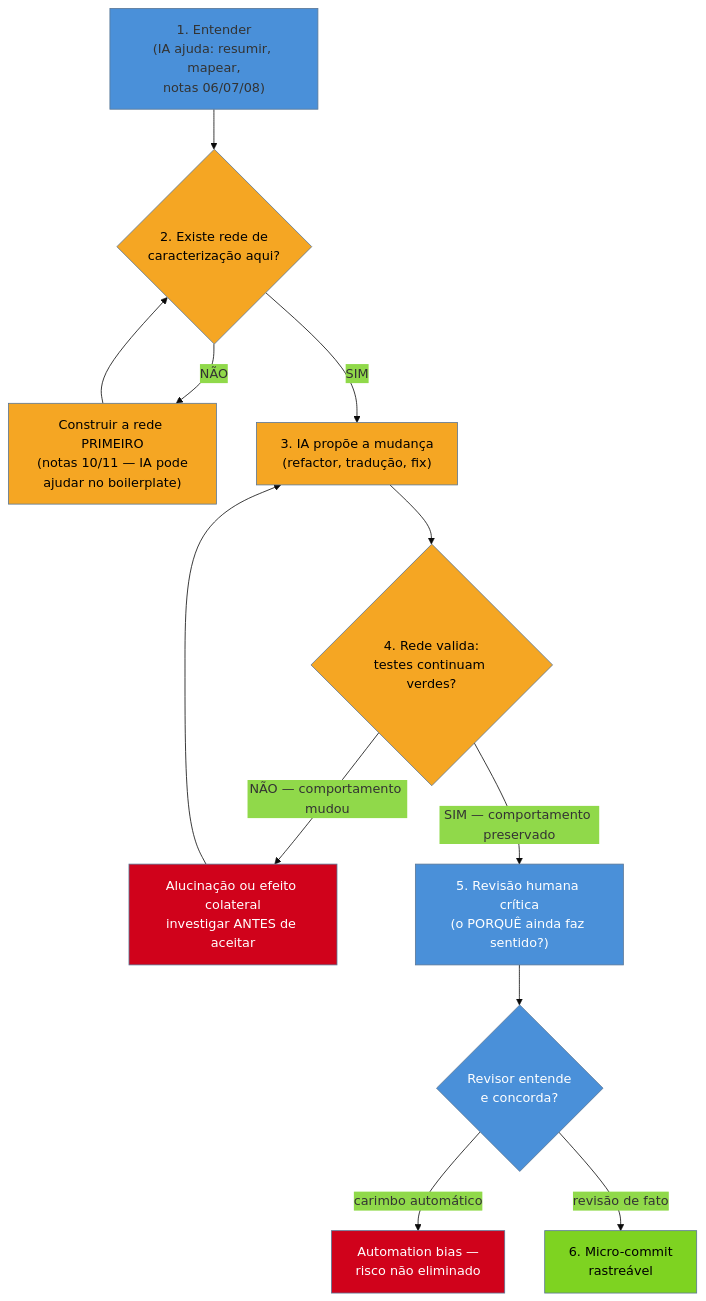
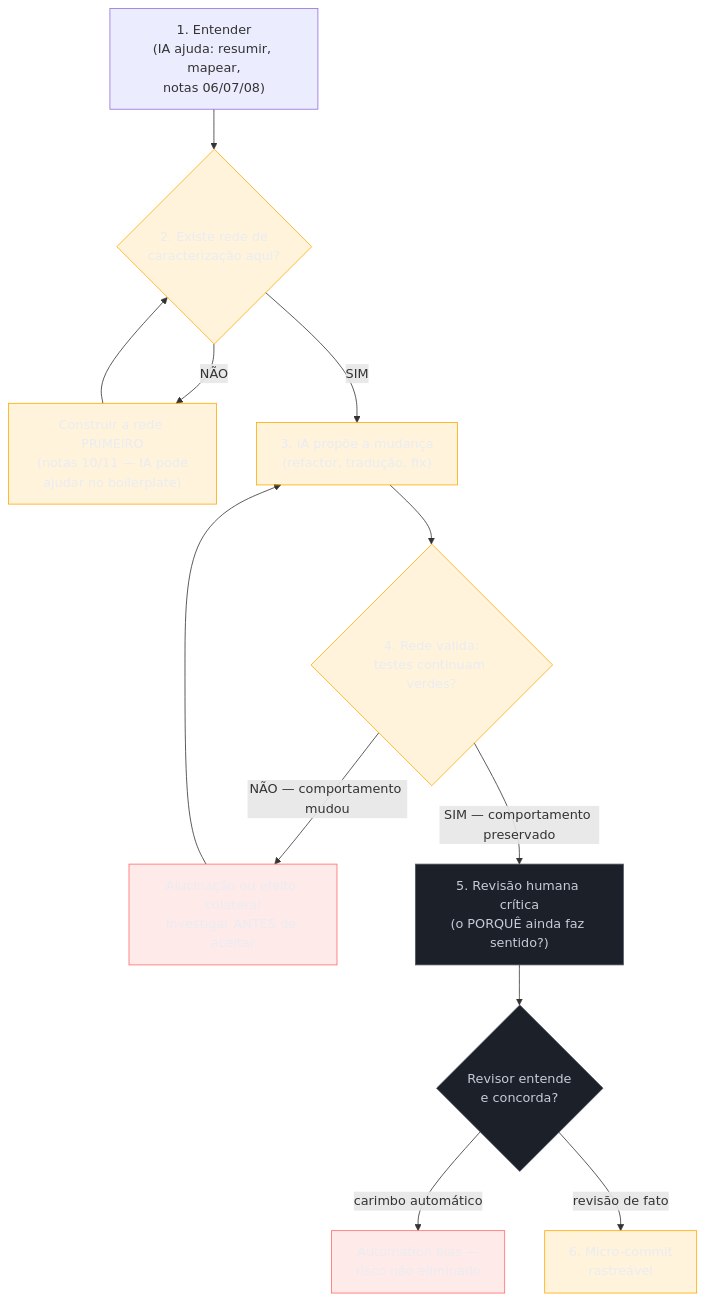
One commit to josenaldo/codex-technomanticus changed the diagram in 03-Dominios/Engenharia/Arqueologia e Restauração de Software/16 - IA como acelerador e seus riscos.md. Above: the diagram before and after it, drawn with Mermaid. The commit also changed 1181 other files, not shown here.

First line of the commit message:
fix(diagramas): paleta do sistema no lugar de cor cravada no markdown

````diff
--- a/03-Dominios/Engenharia/Arqueologia e Restauração de Software/16 - IA como acelerador e seus riscos.md
+++ b/03-Dominios/Engenharia/Arqueologia e Restauração de Software/16 - IA como acelerador e seus riscos.md
@@ -45,24 +45,26 @@
 ```mermaid
-%%{init: {"theme": "base", "themeVariables": {"primaryColor": "#4A90D9"}}}%%
 flowchart TD
+    classDef destaque fill:#FFAA0024,stroke:#FFAA00,color:#E9ECF2
+    classDef falha fill:#FF6B6B24,stroke:#FF6B6B,color:#E9ECF2
+    classDef neutro fill:#1B2029,stroke:#4E5666,color:#C6CCD8
     A["1. Entender<br/>(IA ajuda: resumir, mapear,<br/>notas 06/07/08)"] --> B{"2. Existe rede de<br/>caracterização aqui?"}
     B -->|"NÃO"| C["Construir a rede PRIMEIRO<br/>(notas 10/11 — IA pode<br/>ajudar no boilerplate)"]
     C --> B
     B -->|"SIM"| D["3. IA propõe a mudança<br/>(refactor, tradução, fix)"]
     D --> E{"4. Rede valida:<br/>testes continuam verdes?"}
     E -->|"NÃO — comportamento mudou"| F["Alucinação ou efeito colateral<br/>investigar ANTES de aceitar"]
     F --> D
     E -->|"SIM — comportamento preservado"| G["5. Revisão humana crítica<br/>(o PORQUÊ ainda faz sentido?)"]
     G --> H{"Revisor entende<br/>e concorda?"}
     H -->|"carimbo automático"| I["Automation bias —<br/>risco não eliminado"]
     H -->|"revisão de fato"| J["6. Micro-commit<br/>rastreável"]
-    style B fill:#F5A623,color:#000
-    style C fill:#F5A623,color:#000
-    style D fill:#F5A623,color:#000
-    style E fill:#F5A623,color:#000
-    style F fill:#D0021B,color:#fff
-    style I fill:#D0021B,color:#fff
-    style G fill:#4A90D9,color:#fff
-    style H fill:#4A90D9,color:#fff
-    style J fill:#7ED321,color:#000
+    class B destaque
+    class C destaque
+    class D destaque
+    class E destaque
+    class F falha
+    class I falha
+    class G neutro
+    class H neutro
+    class J destaque
 ```
````
